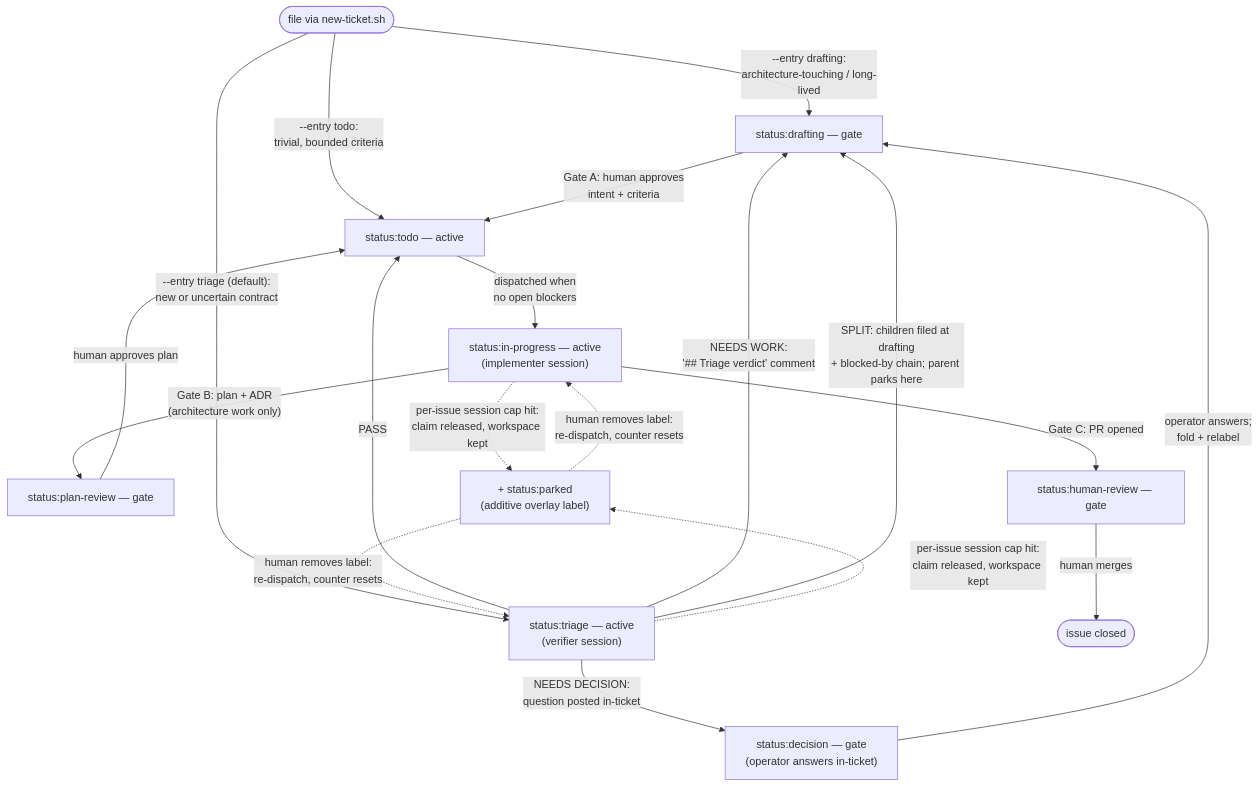
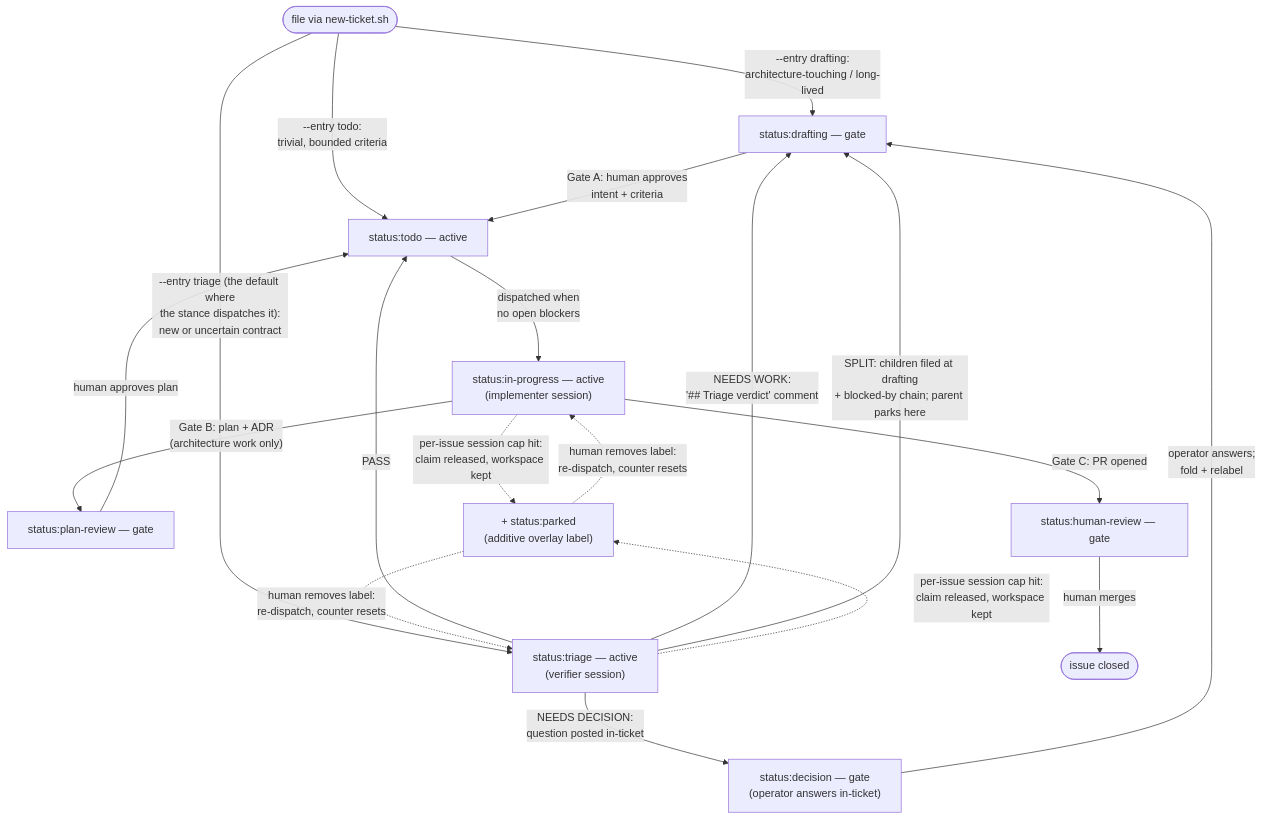
Before and after one commit to colin-prologue/Switchboard: the diagram in README.md, drawn with Mermaid. The commit also changed other lines of this file and 4 other files, not shown here.

````diff
--- a/README.md
+++ b/README.md
@@ -99,33 +98,33 @@
 ```mermaid
 flowchart TD
     new(["file via new-ticket.sh"])
 
     drafting["status:drafting — gate"]
     triage["status:triage — active<br/>(verifier session)"]
     decision["status:decision — gate<br/>(operator answers in-ticket)"]
     todo["status:todo — active"]
     inprog["status:in-progress — active<br/>(implementer session)"]
     planrev["status:plan-review — gate"]
     humrev["status:human-review — gate"]
     closed(["issue closed"])
     parked["+ status:parked<br/>(additive overlay label)"]
 
     new -->|"--entry drafting:<br/>architecture-touching / long-lived"| drafting
-    new -->|"--entry triage (default):<br/>new or uncertain contract"| triage
+    new -->|"--entry triage (the default where<br/>the stance dispatches it):<br/>new or uncertain contract"| triage
     new -->|"--entry todo:<br/>trivial, bounded criteria"| todo
 
     drafting -->|"Gate A: human approves<br/>intent + criteria"| todo
     triage -->|"PASS"| todo
     triage -->|"NEEDS WORK:<br/>'## Triage verdict' comment"| drafting
     triage -->|"SPLIT: children filed at drafting<br/>+ blocked-by chain; parent parks here"| drafting
     triage -->|"NEEDS DECISION:<br/>question posted in-ticket"| decision
     decision -->|"operator answers;<br/>fold + relabel"| drafting
     todo -->|"dispatched when<br/>no open blockers"| inprog
     inprog -->|"Gate B: plan + ADR<br/>(architecture work only)"| planrev
     planrev -->|"human approves plan"| todo
     inprog -->|"Gate C: PR opened"| humrev
     humrev -->|"human merges"| closed
 
     triage & inprog -.->|"per-issue session cap hit:<br/>claim released, workspace kept"| parked
     parked -.->|"human removes label:<br/>re-dispatch, counter resets"| triage & inprog
 ```
````
